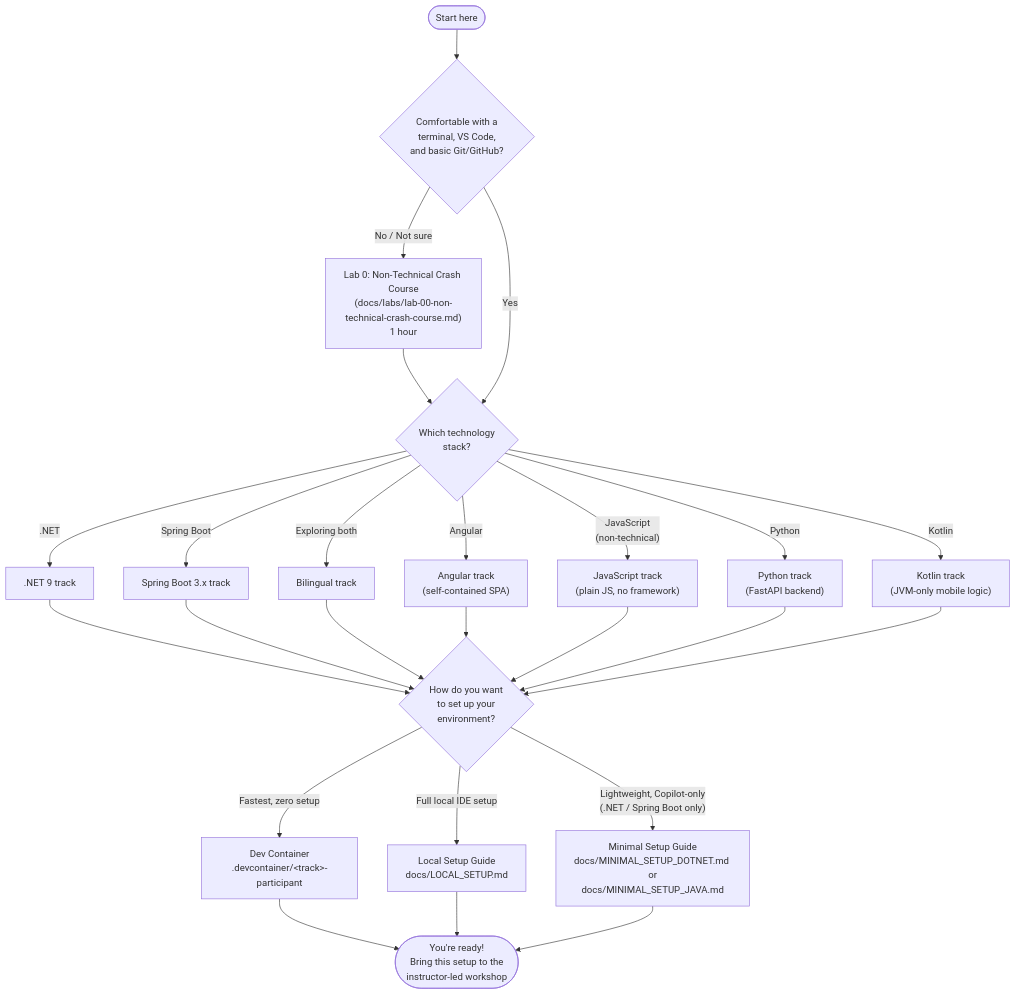
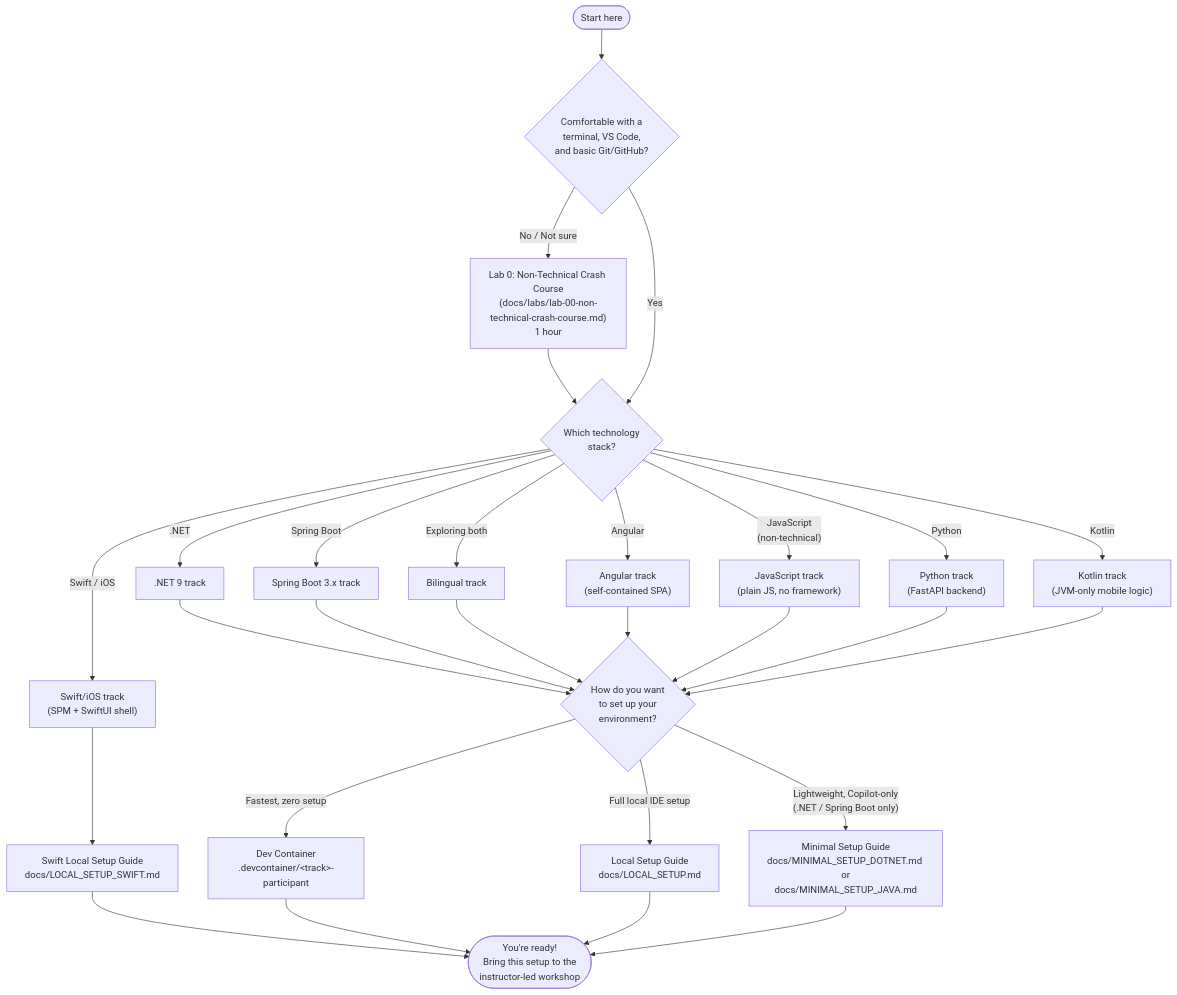
Before and after one commit to centricconsulting/ai-coding-workshop: the diagram in README.md, drawn with Mermaid. The commit also changed other lines of this file and 55 other files, not shown here.

First line of the commit message:
Add Swift (iOS) workshop track

````diff
--- a/README.md
+++ b/README.md
@@ -42,27 +42,30 @@
 ```mermaid
 flowchart TD
     A([Start here]) --> B{Comfortable with a<br>terminal, VS Code,<br>and basic Git/GitHub?}
     B -- "No / Not sure" --> C["Lab 0: Non-Technical Crash Course<br>(docs/labs/lab-00-non-technical-crash-course.md)<br>1 hour"]
     C --> D
     B -- "Yes" --> D{Which technology<br>stack?}
     D -- ".NET" --> E[".NET 9 track"]
     D -- "Spring Boot" --> F["Spring Boot 3.x track"]
     D -- "Exploring both" --> G["Bilingual track"]
     D -- "Angular" --> M["Angular track<br>(self-contained SPA)"]
     D -- "JavaScript<br>(non-technical)" --> Q["JavaScript track<br>(plain JS, no framework)"]
     D -- "Python" --> P["Python track<br>(FastAPI backend)"]
     D -- "Kotlin" --> R["Kotlin track<br>(JVM-only mobile logic)"]
+    D -- "Swift / iOS" --> S["Swift/iOS track<br>(SPM + SwiftUI shell)"]
     E --> H{How do you want<br>to set up your<br>environment?}
     F --> H
     G --> H
     H -- "Fastest, zero setup" --> I["Dev Container<br>.devcontainer/&lt;track&gt;-participant"]
     H -- "Full local IDE setup" --> J["Local Setup Guide<br>docs/LOCAL_SETUP.md"]
     H -- "Lightweight, Copilot-only<br>(.NET / Spring Boot only)" --> K["Minimal Setup Guide<br>docs/MINIMAL_SETUP_DOTNET.md or<br>docs/MINIMAL_SETUP_JAVA.md"]
     M --> H
     Q --> H
     P --> H
     R --> H
+    S --> T["Swift Local Setup Guide<br>docs/LOCAL_SETUP_SWIFT.md"]
+    T --> L
     I --> L(["You're ready!<br>Bring this setup to the<br>instructor-led workshop"])
     J --> L
     K --> L
 ```
````
